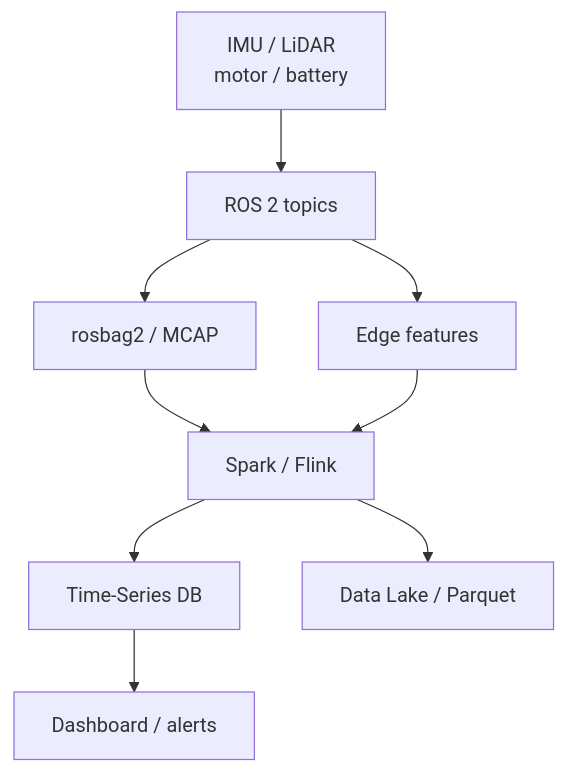
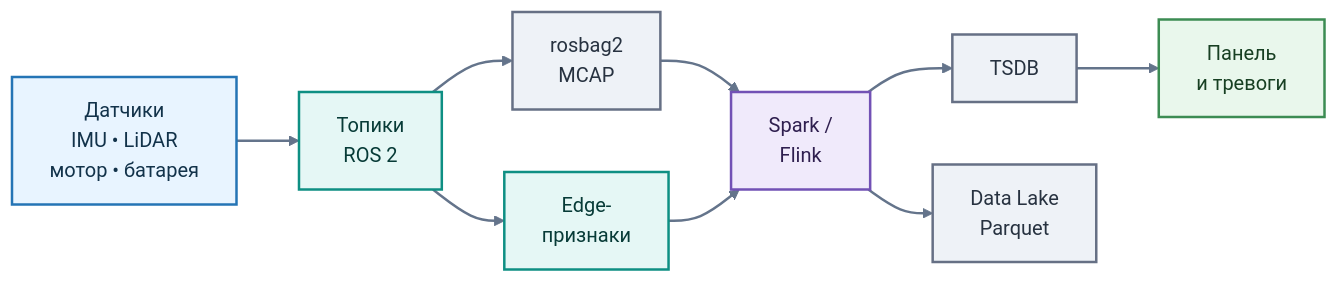
One commit to BosenkoTM/Big-data-processing-methods changed diagram 11 of 13 in 2026/lectures/lecture_03_robotics_iot_big_data.md. Above: the diagram before and after it, drawn with Mermaid. The commit also changed other lines of this file, not shown here.

````diff
--- a/2026/lectures/lecture_03_robotics_iot_big_data.md
+++ b/2026/lectures/lecture_03_robotics_iot_big_data.md
@@ -779,11 +903,25 @@
 ```mermaid
-flowchart TD
-    S["IMU / LiDAR<br/>motor / battery"] --> ROS["ROS 2 topics"]
-    ROS --> BAG["rosbag2 / MCAP"]
-    ROS --> EDGE["Edge features"]
-    BAG --> PROC["Spark / Flink"]
+flowchart LR
+    S["Датчики<br/>IMU • LiDAR<br/>мотор • батарея"] --> ROS["Топики<br/>ROS 2"]
+    ROS --> BAG["rosbag2<br/>MCAP"]
+    ROS --> EDGE["Edge-<br/>признаки"]
+    BAG --> PROC["Spark /<br/>Flink"]
     EDGE --> PROC
-    PROC --> TSDB["Time-Series DB"]
-    PROC --> LAKE["Data Lake / Parquet"]
-    TSDB --> DASH["Dashboard / alerts"]
+    PROC --> TSDB["TSDB"]
+    PROC --> LAKE["Data Lake<br/>Parquet"]
+    TSDB --> DASH["Панель<br/>и тревоги"]
+
+    classDef source fill:#E8F4FF,stroke:#2474B5,color:#12324A,stroke-width:2px
+    classDef transport fill:#E5F7F5,stroke:#0E8F83,color:#073B37,stroke-width:2px
+    classDef storage fill:#EEF2F7,stroke:#667085,color:#273240,stroke-width:2px
+    classDef process fill:#F0EAFB,stroke:#7251B5,color:#2F1F4F,stroke-width:2px
+    classDef result fill:#E9F7EC,stroke:#3C8C53,color:#173F22,stroke-width:2px
+
+    class S source
+    class ROS,EDGE transport
+    class BAG,TSDB,LAKE storage
+    class PROC process
+    class DASH result
+
+    linkStyle default stroke:#64748B,stroke-width:2px
 ```
````
